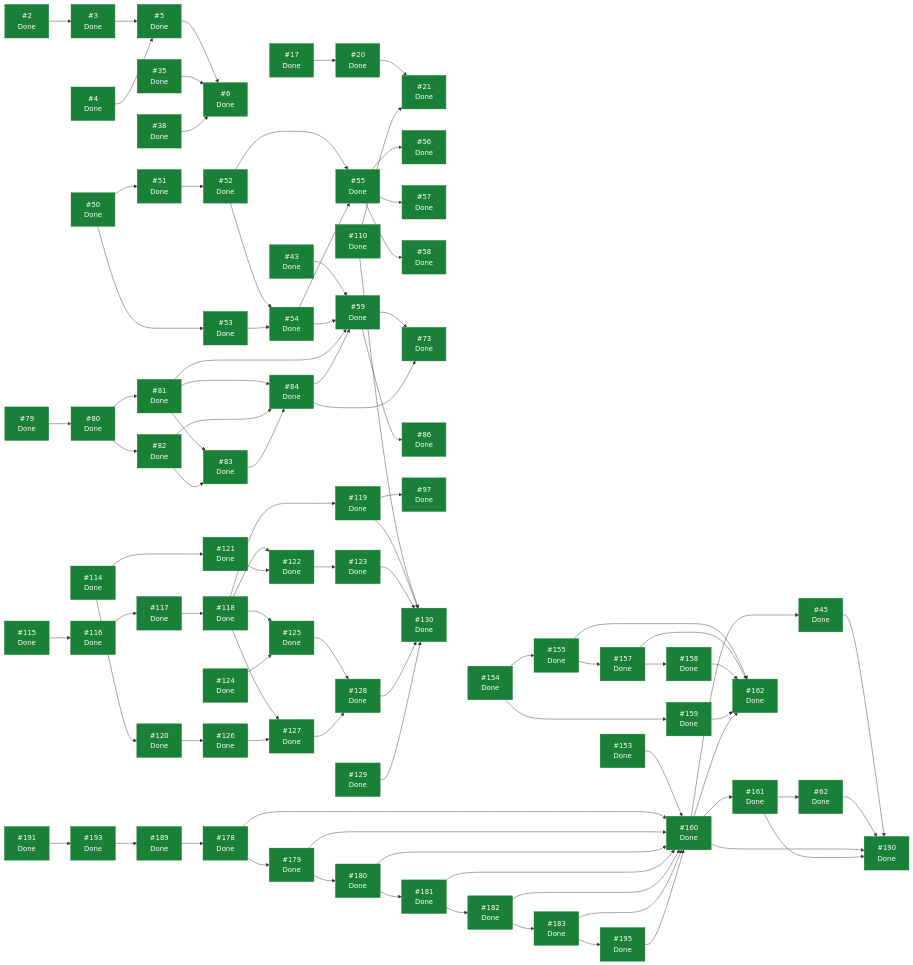
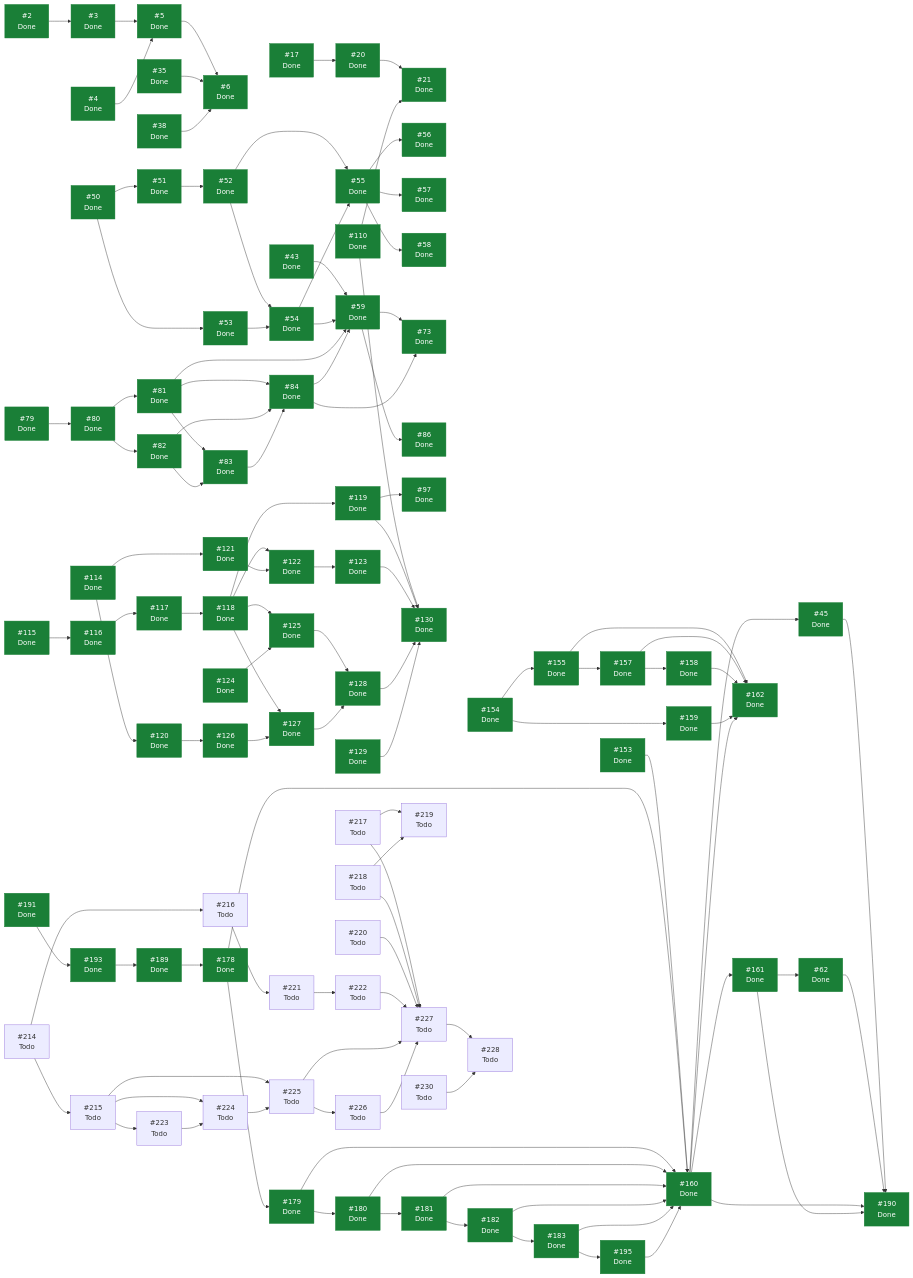
The diagram in docs/planning/STATUS.md (ecamp0s/evault), drawn with Mermaid before and after one commit. The commit also changed other lines of this file and 4 other files, not shown here.

````diff
--- a/docs/planning/STATUS.md
+++ b/docs/planning/STATUS.md
@@ -263,6 +287,22 @@
   I191["#191<br/>Done"]
   I193["#193<br/>Done"]
   I195["#195<br/>Done"]
+  I214["#214<br/>Todo"]
+  I215["#215<br/>Todo"]
+  I216["#216<br/>Todo"]
+  I217["#217<br/>Todo"]
+  I218["#218<br/>Todo"]
+  I219["#219<br/>Todo"]
+  I220["#220<br/>Todo"]
+  I221["#221<br/>Todo"]
+  I222["#222<br/>Todo"]
+  I223["#223<br/>Todo"]
+  I224["#224<br/>Todo"]
+  I225["#225<br/>Todo"]
+  I226["#226<br/>Todo"]
+  I227["#227<br/>Todo"]
+  I228["#228<br/>Todo"]
+  I230["#230<br/>Todo"]
   I2 --> I3
   I3 --> I5
   I4 --> I5
@@ -352,6 +392,26 @@
   I191 --> I193
   I193 --> I189
   I195 --> I160
+  I214 --> I215
+  I214 --> I216
+  I215 --> I223
+  I215 --> I224
+  I215 --> I225
+  I216 --> I221
+  I217 --> I219
+  I217 --> I227
+  I218 --> I219
+  I218 --> I227
+  I220 --> I227
+  I221 --> I222
+  I222 --> I227
+  I223 --> I224
+  I224 --> I225
+  I225 --> I226
+  I225 --> I227
+  I226 --> I227
+  I227 --> I228
+  I230 --> I228
   classDef hecho fill:#1a7f37,stroke:#1a7f37,color:#fff;
   class I2,I3,I4,I5,I6,I17,I20,I21,I35,I38,I43,I45,I50,I51,I52,I53,I54,I55,I56,I57,I58,I59,I62,I73,I79,I80,I81,I82,I83,I84,I86,I97,I110,I114,I115,I116,I117,I118,I119,I120,I121,I122,I123,I124,I125,I126,I127,I128,I129,I130,I153,I154,I155,I157,I158,I159,I160,I161,I162,I178,I179,I180,I181,I182,I183,I189,I190,I191,I193,I195 hecho;
 ```
````
